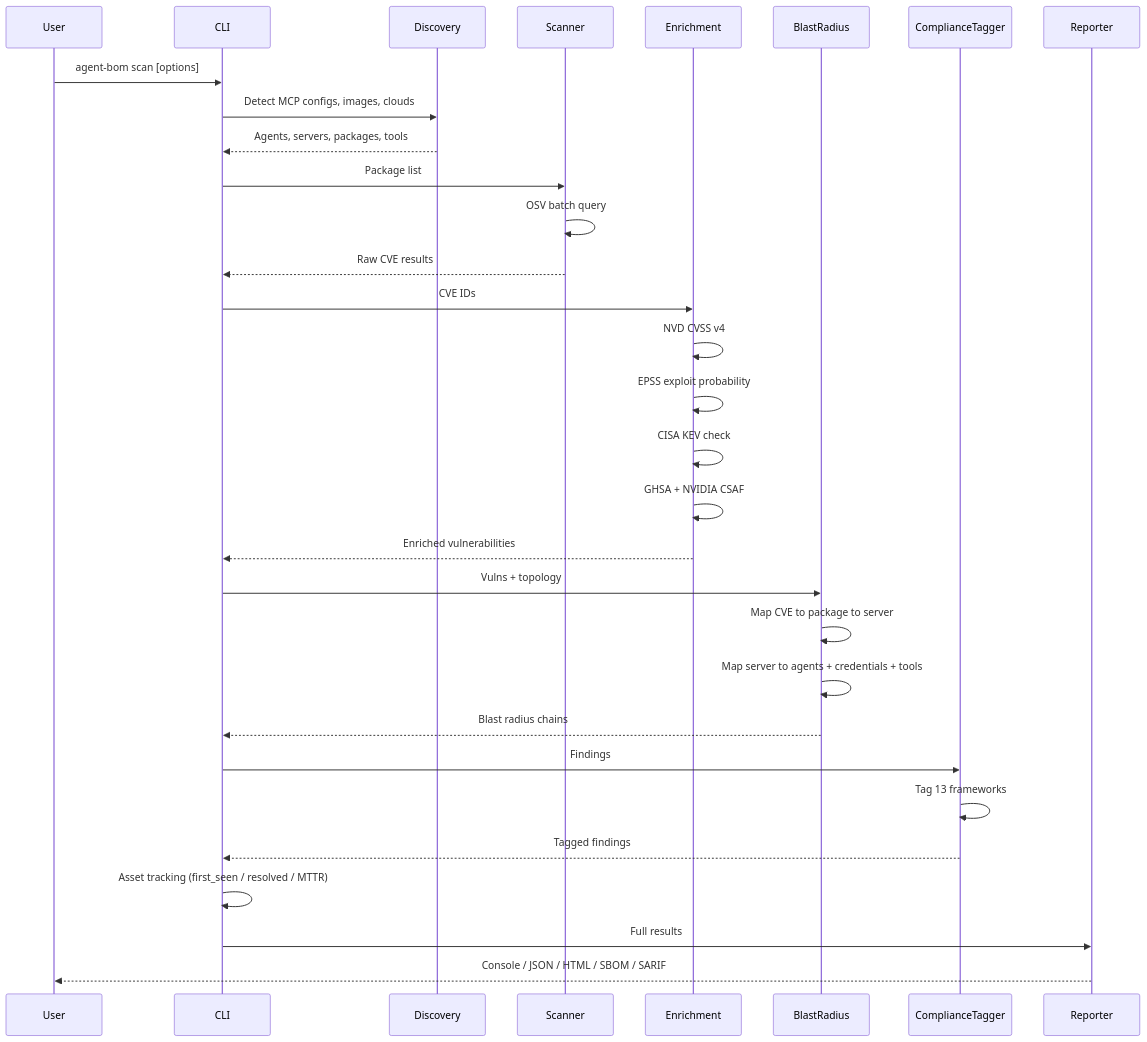
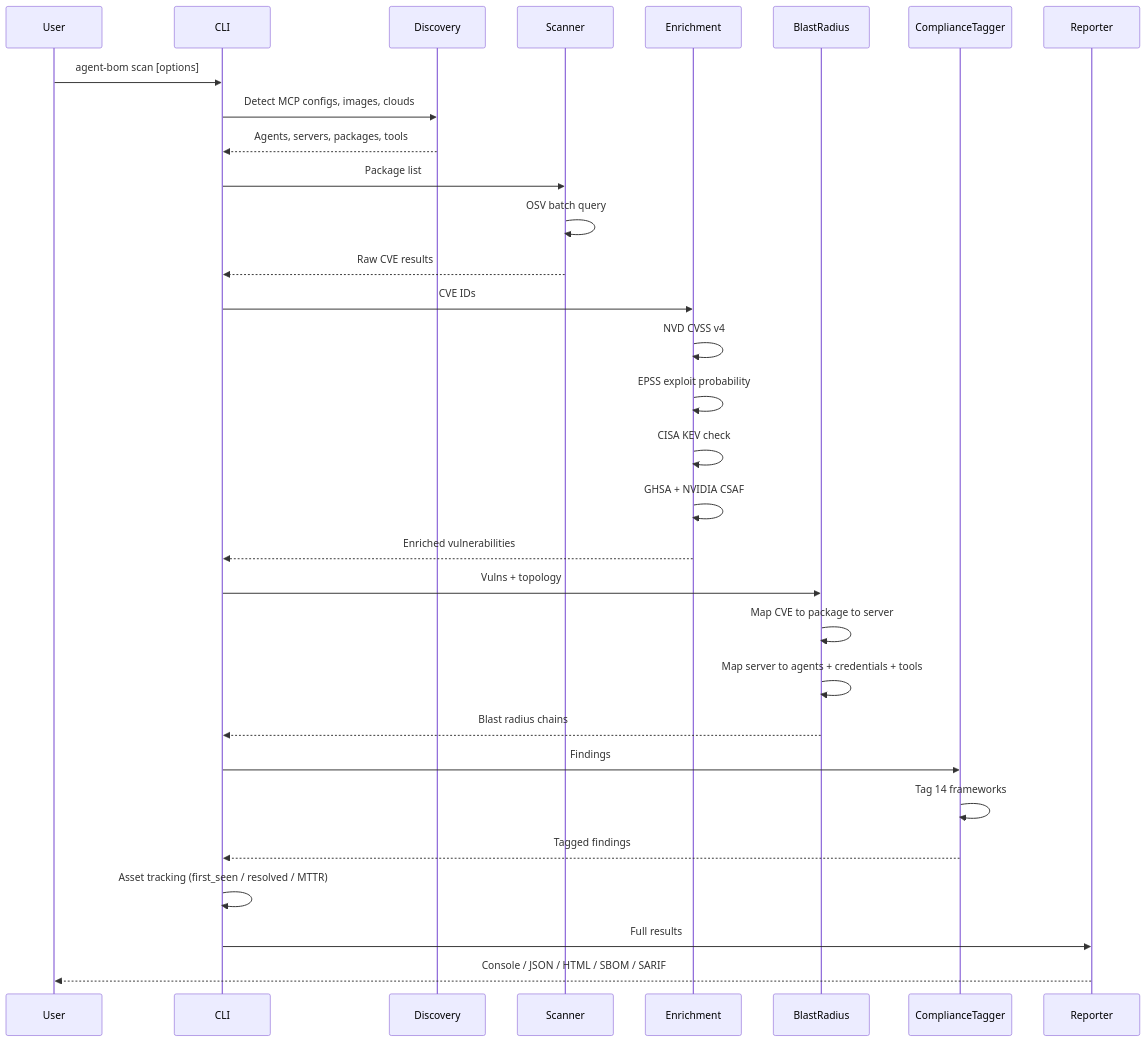
Before and after one commit to Rish-2006/agent-bom: the second of 5 diagrams in docs/ARCHITECTURE.md, drawn with Mermaid. The commit also changed other lines of this file and 13 other files, not shown here.

````diff
--- a/docs/ARCHITECTURE.md
+++ b/docs/ARCHITECTURE.md
@@ -67,40 +67,40 @@
 ```mermaid
 sequenceDiagram
     participant User
     participant CLI
     participant Discovery
     participant Scanner
     participant Enrichment
     participant BlastRadius
     participant ComplianceTagger
     participant Reporter
 
     User->>CLI: agent-bom scan [options]
     CLI->>Discovery: Detect MCP configs, images, clouds
     Discovery-->>CLI: Agents, servers, packages, tools
 
     CLI->>Scanner: Package list
     Scanner->>Scanner: OSV batch query
     Scanner-->>CLI: Raw CVE results
 
     CLI->>Enrichment: CVE IDs
     Enrichment->>Enrichment: NVD CVSS v4
     Enrichment->>Enrichment: EPSS exploit probability
     Enrichment->>Enrichment: CISA KEV check
     Enrichment->>Enrichment: GHSA + NVIDIA CSAF
     Enrichment-->>CLI: Enriched vulnerabilities
 
     CLI->>BlastRadius: Vulns + topology
     BlastRadius->>BlastRadius: Map CVE to package to server
     BlastRadius->>BlastRadius: Map server to agents + credentials + tools
     BlastRadius-->>CLI: Blast radius chains
 
     CLI->>ComplianceTagger: Findings
-    ComplianceTagger->>ComplianceTagger: Tag 13 frameworks
+    ComplianceTagger->>ComplianceTagger: Tag 14 frameworks
     ComplianceTagger-->>CLI: Tagged findings
 
     CLI->>CLI: Asset tracking (first_seen / resolved / MTTR)
 
     CLI->>Reporter: Full results
     Reporter-->>User: Console / JSON / HTML / SBOM / SARIF
 ```
````
